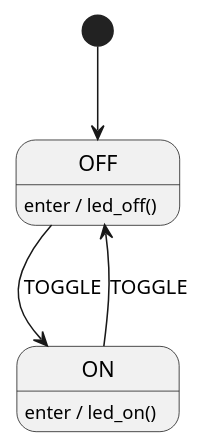
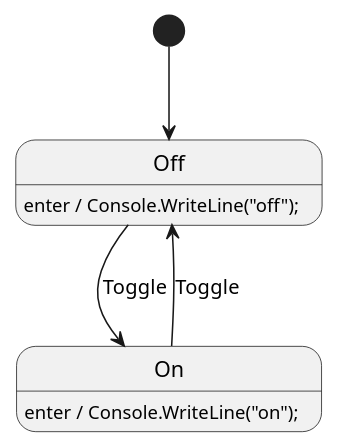
Before and after one commit to IAFahim/statesmith-skills: the second of 3 diagrams in README.md, drawn with PlantUML. The commit also changed other lines of this file, not shown here.

````diff
--- a/README.md
+++ b/README.md
@@ -127,13 +217,14 @@
 ```plantuml
-@startuml Blinky
-hide empty description
-
-[*] --> OFF
-
-OFF --> ON : TOGGLE
-ON --> OFF : TOGGLE
-
-OFF : enter / led_off()
-ON : enter / led_on()
+@startuml Light
+/'! $CONFIG : toml
+SmRunnerSettings.transpilerId = "CSharp"
+[RenderConfig.CSharp]
+NameSpace = "Demo;"
+'/
+[*] --> Off
+Off --> On : Toggle
+On --> Off : Toggle
+Off : enter / Console.WriteLine("off");
+On : enter / Console.WriteLine("on");
 @enduml
 ```
````
